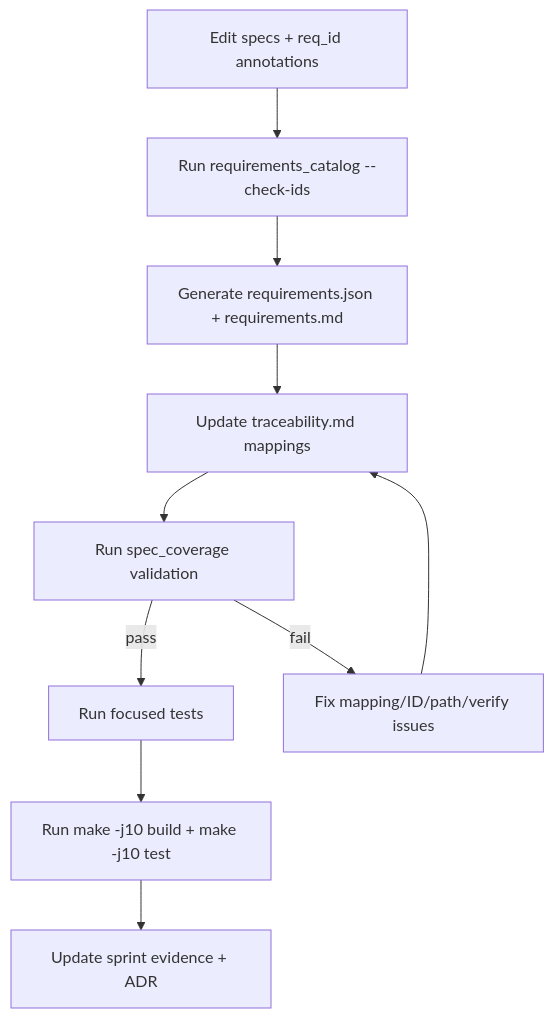
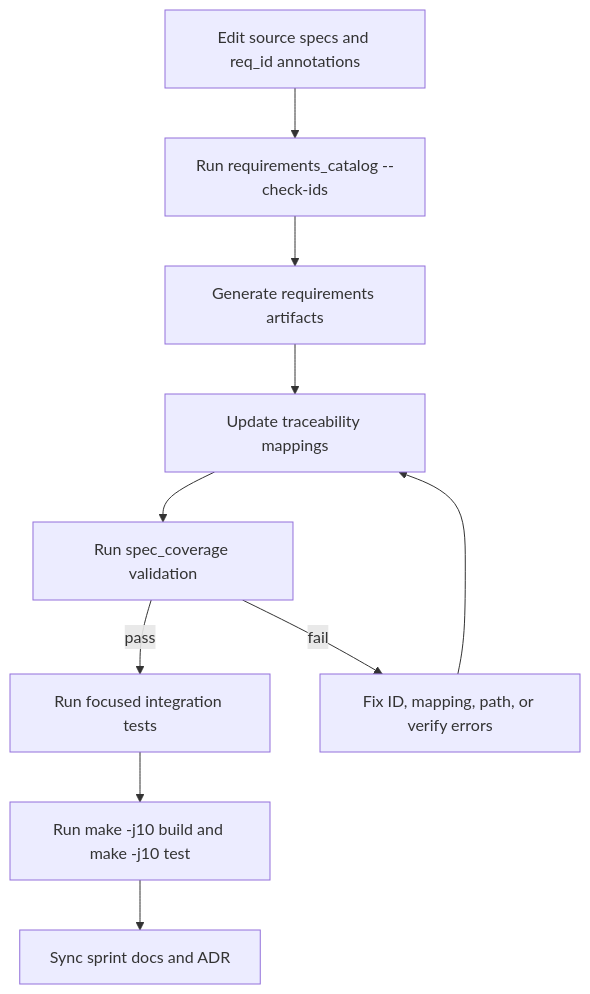
The third of 5 diagrams in docs/sprints/SPRINT-002-implementation-plan.md (jaytaylor/attractor-tcl), drawn with Mermaid before and after one commit. The commit also changed other lines of this file, not shown here.

Commit message:
docs(sprint-002): mark implementation plan phases complete with pass-18 evidence

````diff
--- a/docs/sprints/SPRINT-002-implementation-plan.md
+++ b/docs/sprints/SPRINT-002-implementation-plan.md
@@ -569,12 +577,12 @@
 ```mermaid
 flowchart TD
-  A[Edit specs + req_id annotations] --> B[Run requirements_catalog --check-ids]
-  B --> C[Generate requirements.json + requirements.md]
-  C --> D[Update traceability.md mappings]
+  A[Edit source specs and req_id annotations] --> B[Run requirements_catalog --check-ids]
+  B --> C[Generate requirements artifacts]
+  C --> D[Update traceability mappings]
   D --> E[Run spec_coverage validation]
-  E -->|pass| F[Run focused tests]
-  E -->|fail| G[Fix mapping/ID/path/verify issues]
+  E -->|pass| F[Run focused integration tests]
+  E -->|fail| G[Fix ID, mapping, path, or verify errors]
   G --> D
-  F --> H[Run make -j10 build + make -j10 test]
-  H --> I[Update sprint evidence + ADR]
+  F --> H[Run make -j10 build and make -j10 test]
+  H --> I[Sync sprint docs and ADR]
 ```
````
